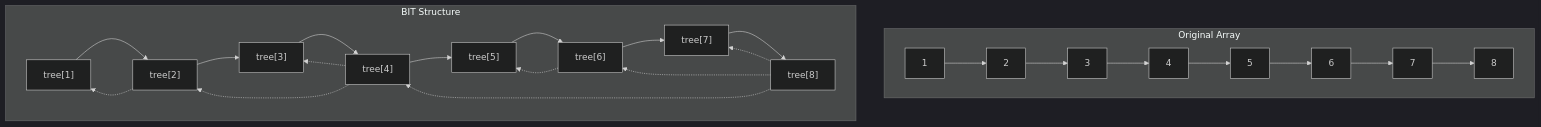
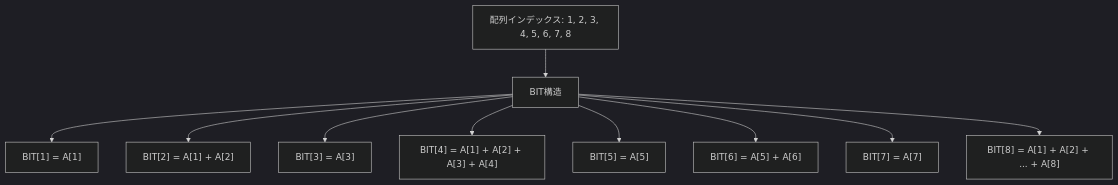
Before and after one commit to myoshi2891/Algorithm-DataStructures-Math-SQL: the fifth of 11 diagrams in README.md, drawn with Mermaid (dark theme). The commit also changed other lines of this file, not shown here.

````diff
--- a/README.md
+++ b/README.md
@@ -207,30 +167,12 @@
 ```mermaid
 graph TD
-    subgraph "Original Array"
-    A1["1"] --> A2["2"]
-    A2 --> A3["3"]
-    A3 --> A4["4"]
-    A4 --> A5["5"]
-    A5 --> A6["6"]
-    A6 --> A7["7"]
-    A7 --> A8["8"]
-    end
-    
-    subgraph "BIT Structure"
-    B1["tree[1]"] --> B2["tree[2]"]
-    B2 --> B3["tree[3]"]
-    B3 --> B4["tree[4]"]
-    B4 --> B5["tree[5]"]
-    B5 --> B6["tree[6]"]
-    B6 --> B7["tree[7]"]
-    B7 --> B8["tree[8]"]
-    end
-    
-    B2 -.-> B1
-    B4 -.-> B2
-    B4 -.-> B3
-    B6 -.-> B5
-    B8 -.-> B4
-    B8 -.-> B6
-    B8 -.-> B7
+    A["配列インデックス: 1, 2, 3, 4, 5, 6, 7, 8"] --> B["BIT構造"]
+    B --> C["BIT[1] = A[1]"]
+    B --> D["BIT[2] = A[1] + A[2]"]
+    B --> E["BIT[3] = A[3]"]
+    B --> F["BIT[4] = A[1] + A[2] + A[3] + A[4]"]
+    B --> G["BIT[5] = A[5]"]
+    B --> H["BIT[6] = A[5] + A[6]"]
+    B --> I["BIT[7] = A[7]"]
+    B --> J["BIT[8] = A[1] + A[2] + ... + A[8]"]
 ```
````
